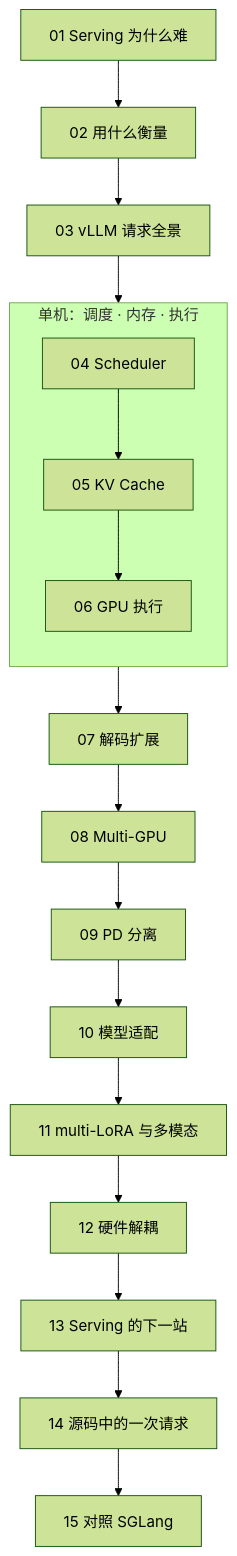
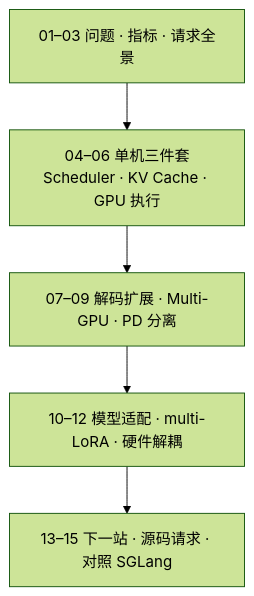
Before and after one commit to arganzheng/arganzheng.github.com: the diagram in slides/2026-08-25-deep-dive-into-vllm.md, drawn with Mermaid (forest theme).

Commit message:
slides/deep-dive-into-vllm: cut/shorten mermaid diagrams below 14px rendered text (check-render smalltext/overlap)

````diff
--- a/slides/2026-08-25-deep-dive-into-vllm.md
+++ b/slides/2026-08-25-deep-dive-into-vllm.md
@@ -44,13 +44,8 @@
 ```mermaid
 %%{init: {"flowchart": {"wrappingWidth": 190}}}%%
 flowchart TB
-    A["01 Serving 为什么难"] --> B["02 用什么衡量"] --> C["03 vLLM 请求全景"]
-    subgraph ONE["单机：调度 · 内存 · 执行"]
-        direction TB
-        D["04 Scheduler"] --> E["05 KV Cache"] --> F["06 GPU 执行"]
-    end
-    C --> ONE
-    F --> G["07 解码扩展"] --> H["08 Multi-GPU"] --> I["09 PD 分离"]
-    I --> J["10 模型适配"] --> K["11 multi-LoRA 与多模态"] --> L["12 硬件解耦"]
-    L --> M["13 Serving 的下一站"] --> N["14 源码中的一次请求"] --> O["15 对照 SGLang"]
+    A["01–03 问题 · 指标 · 请求全景"] --> B["04–06 单机三件套<br/>Scheduler · KV Cache · GPU 执行"]
+    B --> C["07–09 解码扩展 · Multi-GPU · PD 分离"]
+    C --> D["10–12 模型适配 · multi-LoRA · 硬件解耦"]
+    D --> E["13–15 下一站 · 源码请求 · 对照 SGLang"]
 ```
````
